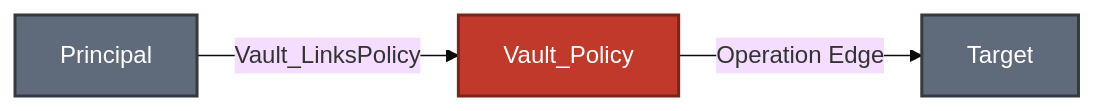
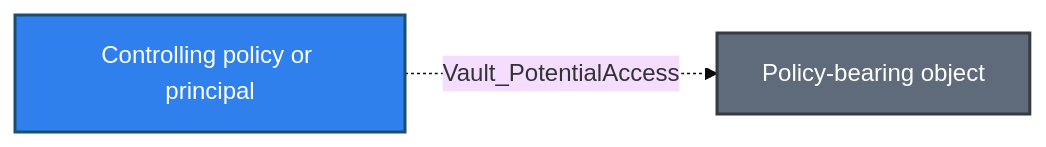
One commit to bytewreck/opengraph-vault changed the sixth of 6 diagrams in Documentation/stores/POLICIES.md. Above: the diagram before and after it, drawn with Mermaid (base theme). The commit also changed other lines of this file and 6 other files, not shown here.

````diff
--- a/Documentation/stores/POLICIES.md
+++ b/Documentation/stores/POLICIES.md
@@ -252,8 +291,7 @@
 ```mermaid
 flowchart LR
-    PR[Principal]:::objectNode -->|Vault_LinksPolicy| PL[Vault_Policy]:::policyNode
-    PL -->|"Operation Edge"| TR[Target]:::objectNode
+    authority[Controlling policy or principal]:::identityNode -.->|Vault_PotentialAccess| object[Policy-bearing object]:::objectNode
 
+    classDef identityNode fill:#2F80ED,color:#fff,stroke:#1B4F72,stroke-width:2px
     classDef objectNode fill:#5F6B7A,color:#fff,stroke:#343A40,stroke-width:2px
-    classDef policyNode fill:#C0392B,color:#fff,stroke:#7B241C,stroke-width:2px
 ```
````
